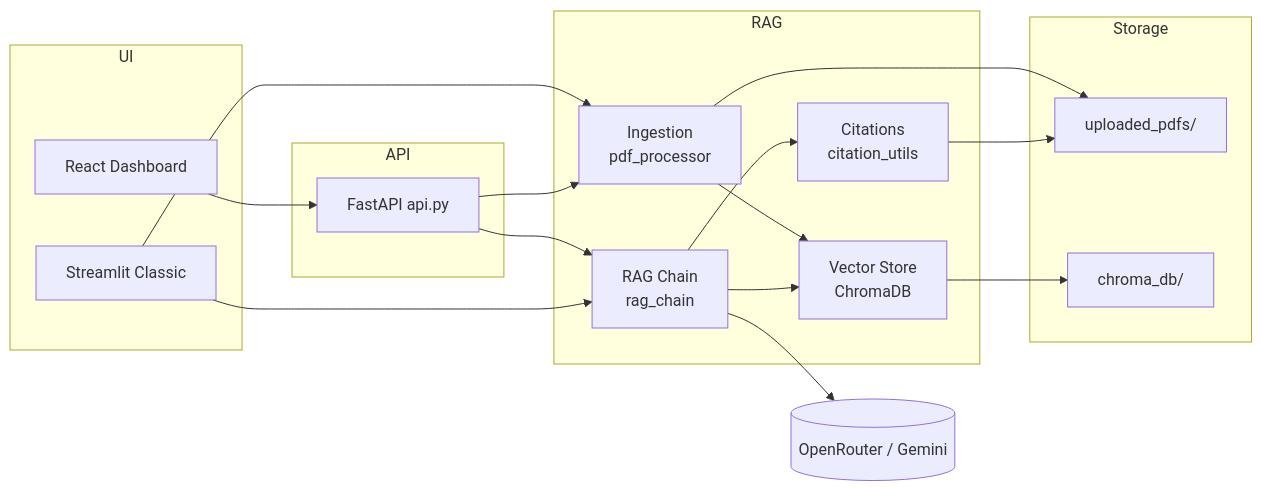
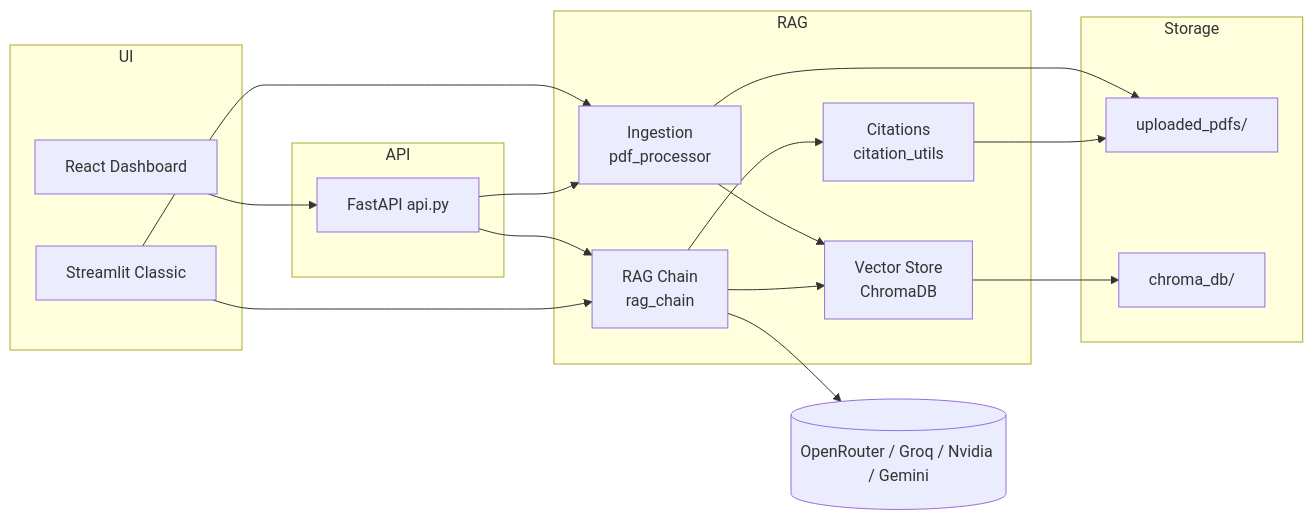
One commit to Rutujadb/Multi-PDF-ChatBot changed the first of 3 diagrams in docs/DESIGN.md. Above: the diagram before and after it, drawn with Mermaid. The commit also changed other lines of this file and 2 other files, not shown here.

````diff
--- a/docs/DESIGN.md
+++ b/docs/DESIGN.md
@@ -46,34 +46,34 @@
 ```mermaid
 flowchart LR
     subgraph UI
         R[React Dashboard]
         S[Streamlit Classic]
     end
     subgraph API
         F[FastAPI api.py]
     end
     subgraph RAG
         I[Ingestion\npdf_processor]
         V[Vector Store\nChromaDB]
         G[RAG Chain\nrag_chain]
         C[Citations\ncitation_utils]
     end
     subgraph Storage
         P[uploaded_pdfs/]
         D[chroma_db/]
     end
-    LLM[(OpenRouter / Gemini)]
+    LLM[(OpenRouter / Groq / Nvidia / Gemini)]
 
     R --> F
     S --> I
     F --> I
     I --> V
     I --> P
     V --> D
     F --> G
     S --> G
     G --> V
     G --> LLM
     G --> C
     C --> P
 ```
````
